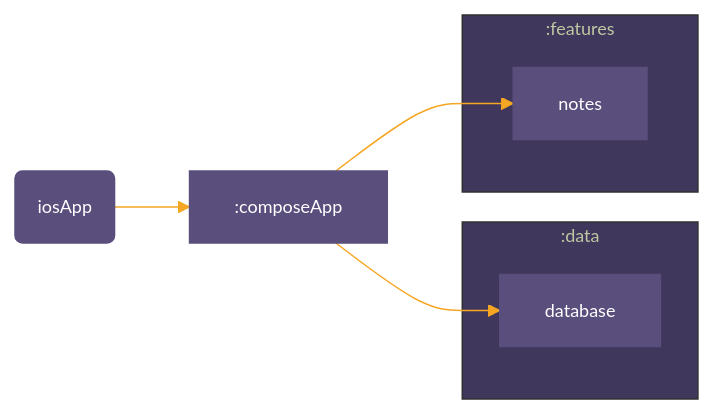
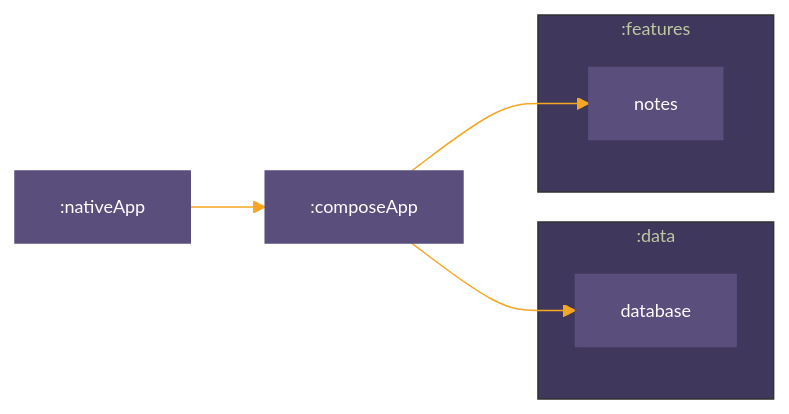
The diagram in README.md (alexandrucaraus/kmp-sample-arch), drawn with Mermaid before and after one commit.

Commit message:
Add module graph

````diff
--- a/README.md
+++ b/README.md
@@ -6,19 +6,19 @@
 ```mermaid
 %%{
   init: {
     'theme': 'base',
     'themeVariables': {"primaryTextColor":"#fff","primaryColor":"#5a4f7c","primaryBorderColor":"#5a4f7c","lineColor":"#f5a623","tertiaryColor":"#40375c","fontSize":"12px"}
   }
 }%%
 
 graph LR
   subgraph :data
     :data:database["database"]
   end
   subgraph :features
     :features:notes["notes"]
   end
-  :androidApp(iosApp) --> :composeApp
+  :nativeApp --> :composeApp
   :composeApp --> :features:notes
   :composeApp --> :data:database
 ```
````
